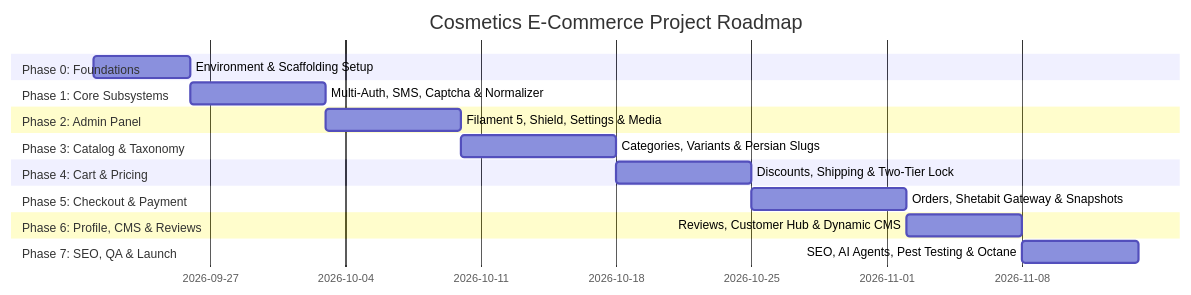
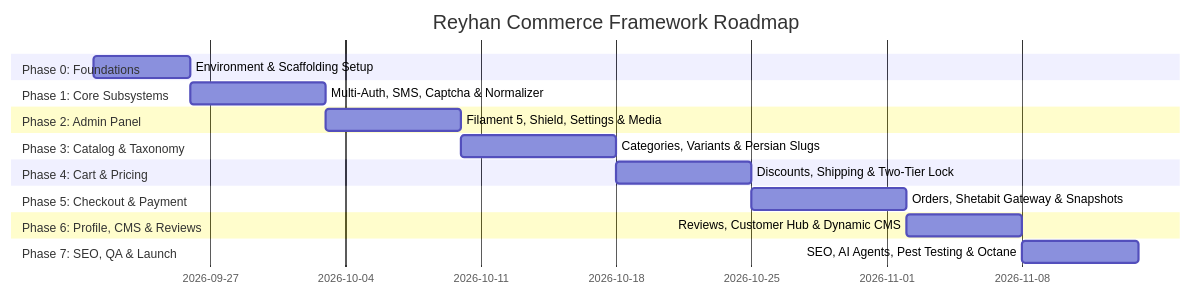
One commit to reyhan-commerce/reyhan changed the diagram in ROADMAP.md. Above: the diagram before and after it, drawn with Mermaid. The commit also changed other lines of this file and 11 other files, not shown here.

Commit message:
docs: position Reyhan Commerce as universal headless e-commerce framework for any store vertical

````diff
--- a/ROADMAP.md
+++ b/ROADMAP.md
@@ -9,21 +9,21 @@
 ```mermaid
 gantt
-    title Cosmetics E-Commerce Project Roadmap
+    title Reyhan Commerce Framework Roadmap
     dateFormat  YYYY-MM-DD
     section Phase 0: Foundations
     Environment & Scaffolding Setup       :p0, 2026-09-21, 5d
     section Phase 1: Core Subsystems
     Multi-Auth, SMS, Captcha & Normalizer :p1, after p0, 7d
     section Phase 2: Admin Panel
     Filament 5, Shield, Settings & Media  :p2, after p1, 7d
     section Phase 3: Catalog & Taxonomy
     Categories, Variants & Persian Slugs  :p3, after p2, 8d
     section Phase 4: Cart & Pricing
     Discounts, Shipping & Two-Tier Lock   :p4, after p3, 7d
     section Phase 5: Checkout & Payment
     Orders, Shetabit Gateway & Snapshots  :p5, after p4, 8d
     section Phase 6: Profile, CMS & Reviews
     Reviews, Customer Hub & Dynamic CMS   :p6, after p5, 6d
     section Phase 7: SEO, QA & Launch
     SEO, AI Agents, Pest Testing & Octane :p7, after p6, 6d
 ```
````
